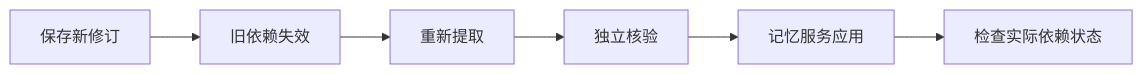
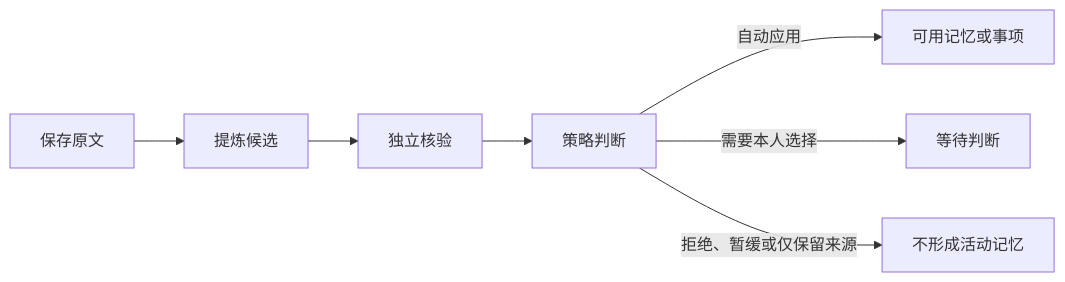
The diagram in .repo-review/knowledge/articles/d4de0ea627a2bb808daffc14026246c2dbde153c0450431a2116482269c8270c.md (lejunyang/omem), drawn with Mermaid before and after one commit. The commit also changed other lines of this file and 35 other files, not shown here.

````diff
--- a/.repo-review/knowledge/articles/d4de0ea627a2bb808daffc14026246c2dbde153c0450431a2116482269c8270c.md
+++ b/.repo-review/knowledge/articles/d4de0ea627a2bb808daffc14026246c2dbde153c0450431a2116482269c8270c.md
@@ -28,8 +21,9 @@
 ```mermaid
 flowchart LR
-  A[保存新修订] --> B[旧依赖失效]
-  B --> C[重新提取]
-  C --> D[独立核验]
-  D --> E[记忆服务应用]
-  E --> F[检查实际依赖状态]
+  A[保存原文] --> B[提炼候选]
+  B --> C[独立核验]
+  C --> D[策略判断]
+  D -->|自动应用| E[可用记忆或事项]
+  D -->|需要本人选择| F[等待判断]
+  D -->|拒绝、暂缓或仅保留来源| G[不形成活动记忆]
 ```
````
